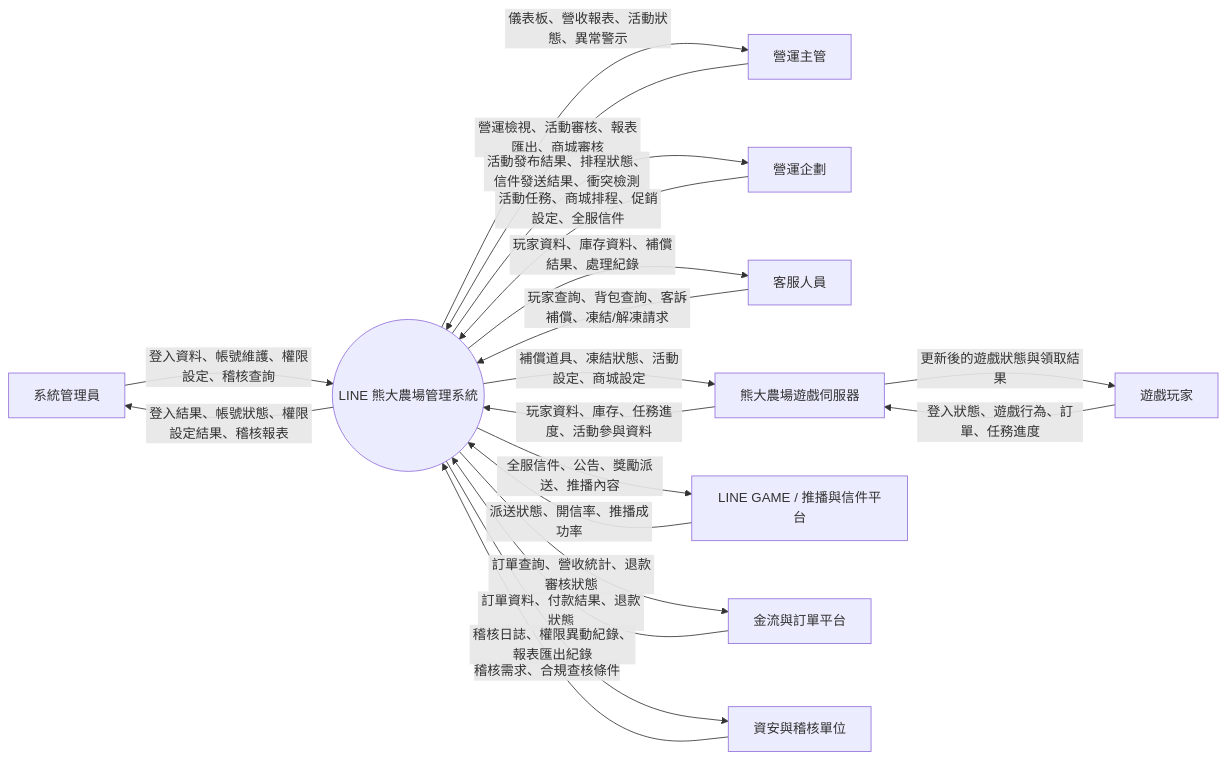
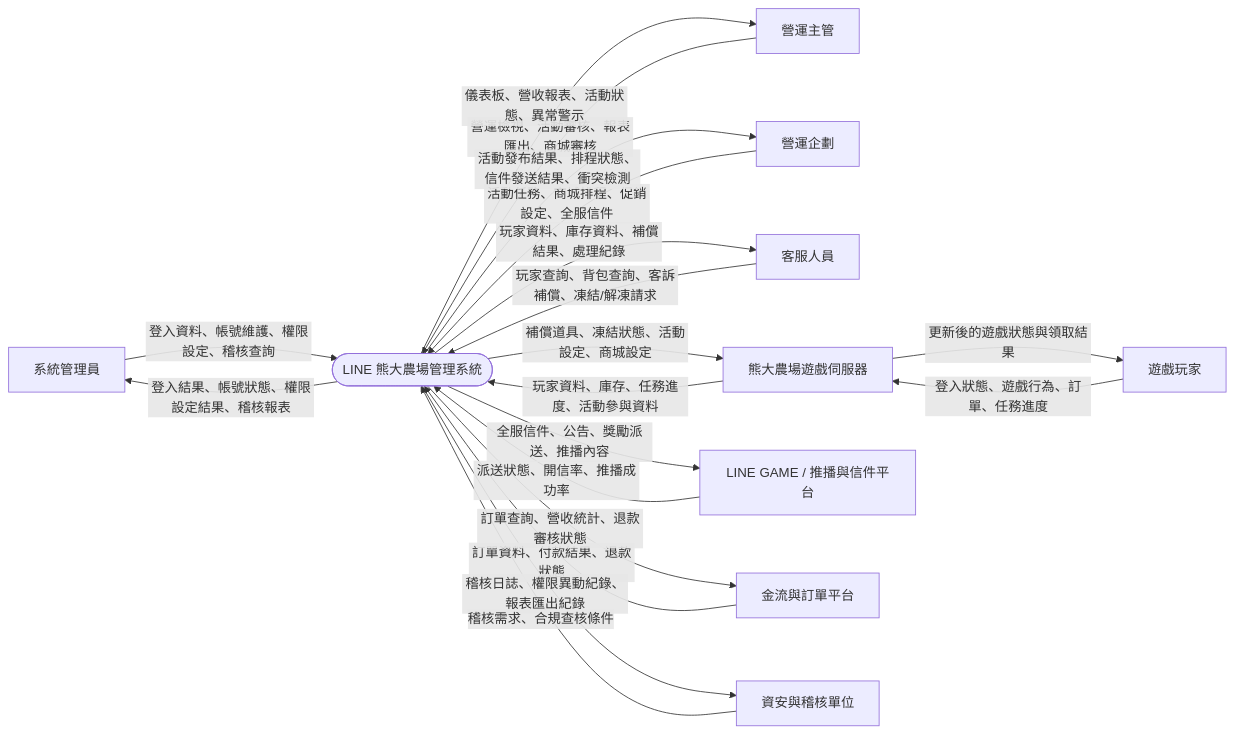
Before and after one commit to benson927/LINE_FARM: the second of 9 diagrams in docs/dfd-diagrams.md, drawn with Mermaid. The commit also changed other lines of this file, not shown here.

Commit message:
Update DFD diagram notation style

````diff
--- a/docs/dfd-diagrams.md
+++ b/docs/dfd-diagrams.md
@@ -18,40 +27,40 @@
 ```mermaid
 flowchart LR
   Admin[系統管理員]
   OpsLead[營運主管]
   Planner[營運企劃]
   Support[客服人員]
   Player[遊戲玩家]
   GameServer[熊大農場遊戲伺服器]
   LinePlatform[LINE GAME / 推播與信件平台]
   Payment[金流與訂單平台]
   Security[資安與稽核單位]
 
-  System((LINE 熊大農場管理系統))
+  System([LINE 熊大農場管理系統])
 
   Admin -->|登入資料、帳號維護、權限設定、稽核查詢| System
   System -->|登入結果、帳號狀態、權限設定結果、稽核報表| Admin
 
   OpsLead -->|營運檢視、活動審核、報表匯出、商城審核| System
   System -->|儀表板、營收報表、活動狀態、異常警示| OpsLead
 
   Planner -->|活動任務、商城排程、促銷設定、全服信件| System
   System -->|活動發布結果、排程狀態、信件發送結果、衝突檢測| Planner
 
   Support -->|玩家查詢、背包查詢、客訴補償、凍結/解凍請求| System
   System -->|玩家資料、庫存資料、補償結果、處理紀錄| Support
 
   Player -->|登入狀態、遊戲行為、訂單、任務進度| GameServer
   GameServer -->|玩家資料、庫存、任務進度、活動參與資料| System
   System -->|補償道具、凍結狀態、活動設定、商城設定| GameServer
   GameServer -->|更新後的遊戲狀態與領取結果| Player
 
   System -->|全服信件、公告、獎勵派送、推播內容| LinePlatform
   LinePlatform -->|派送狀態、開信率、推播成功率| System
 
   Payment -->|訂單資料、付款結果、退款狀態| System
   System -->|訂單查詢、營收統計、退款審核狀態| Payment
 
   System -->|稽核日誌、權限異動紀錄、報表匯出紀錄| Security
   Security -->|稽核需求、合規查核條件| System
 ```
````
